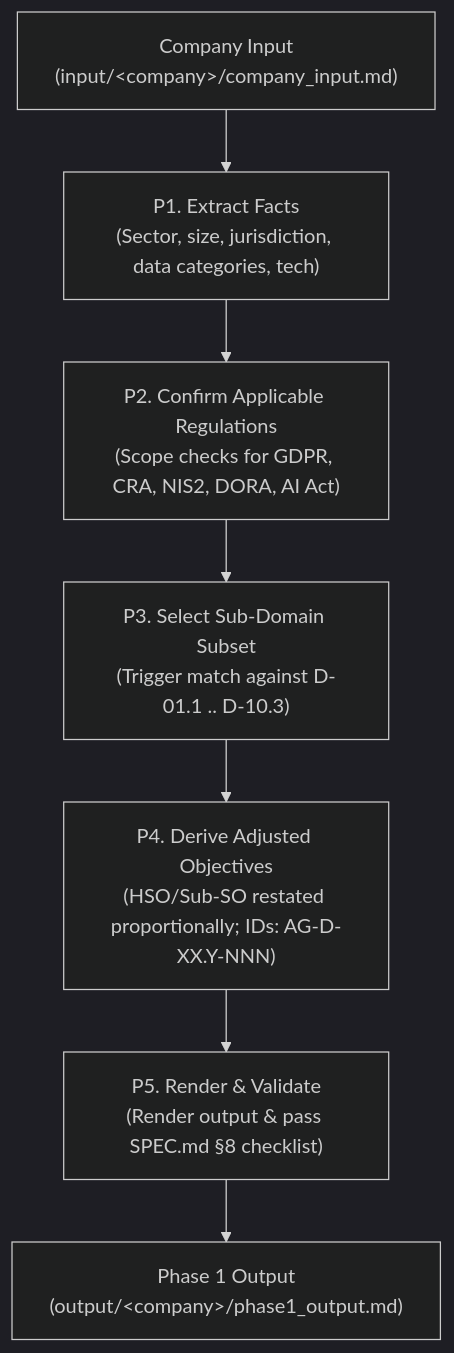
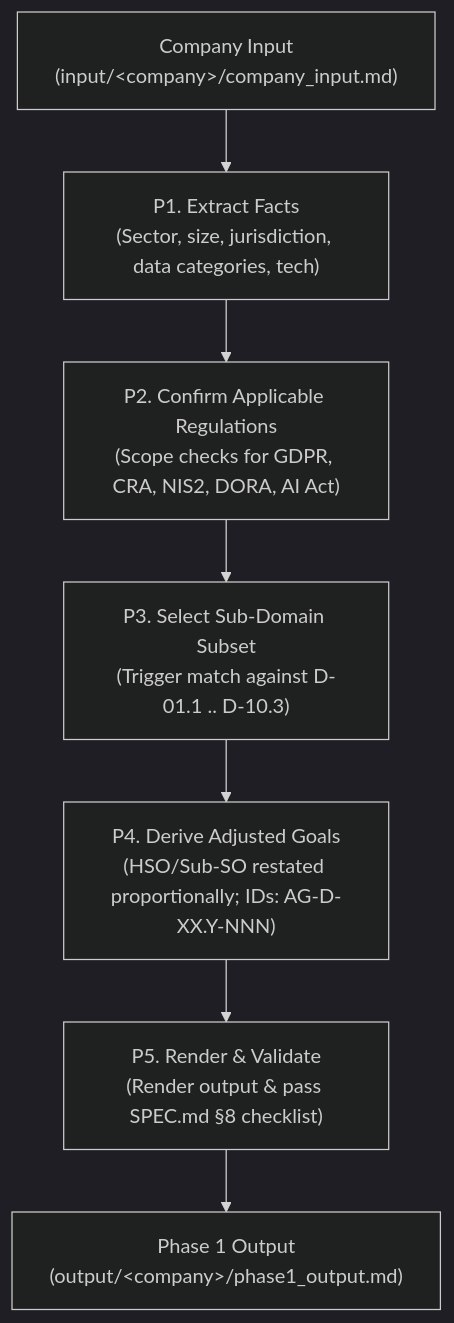
The diagram in AGENTS.md (pauloribeiro16/aegis-mvp), drawn with Mermaid (dark theme) before and after one commit. The commit also changed other lines of this file and 7 other files, not shown here.

````diff
--- a/AGENTS.md
+++ b/AGENTS.md
@@ -95,9 +95,9 @@
 ```mermaid
 flowchart TD
     In["Company Input<br>(input/&lt;company&gt;/company_input.md)"] --> P1["P1. Extract Facts<br>(Sector, size, jurisdiction, data categories, tech)"]
     P1 --> P2["P2. Confirm Applicable Regulations<br>(Scope checks for GDPR, CRA, NIS2, DORA, AI Act)"]
     P2 --> P3["P3. Select Sub-Domain Subset<br>(Trigger match against D-01.1 .. D-10.3)"]
-    P3 --> P4["P4. Derive Adjusted Objectives<br>(HSO/Sub-SO restated proportionally; IDs: AG-D-XX.Y-NNN)"]
+    P3 --> P4["P4. Derive Adjusted Goals<br>(HSO/Sub-SO restated proportionally; IDs: AG-D-XX.Y-NNN)"]
     P4 --> P5["P5. Render & Validate<br>(Render output & pass SPEC.md §8 checklist)"]
     P5 --> Out["Phase 1 Output<br>(output/&lt;company&gt;/phase1_output.md)"]
 ```
````
